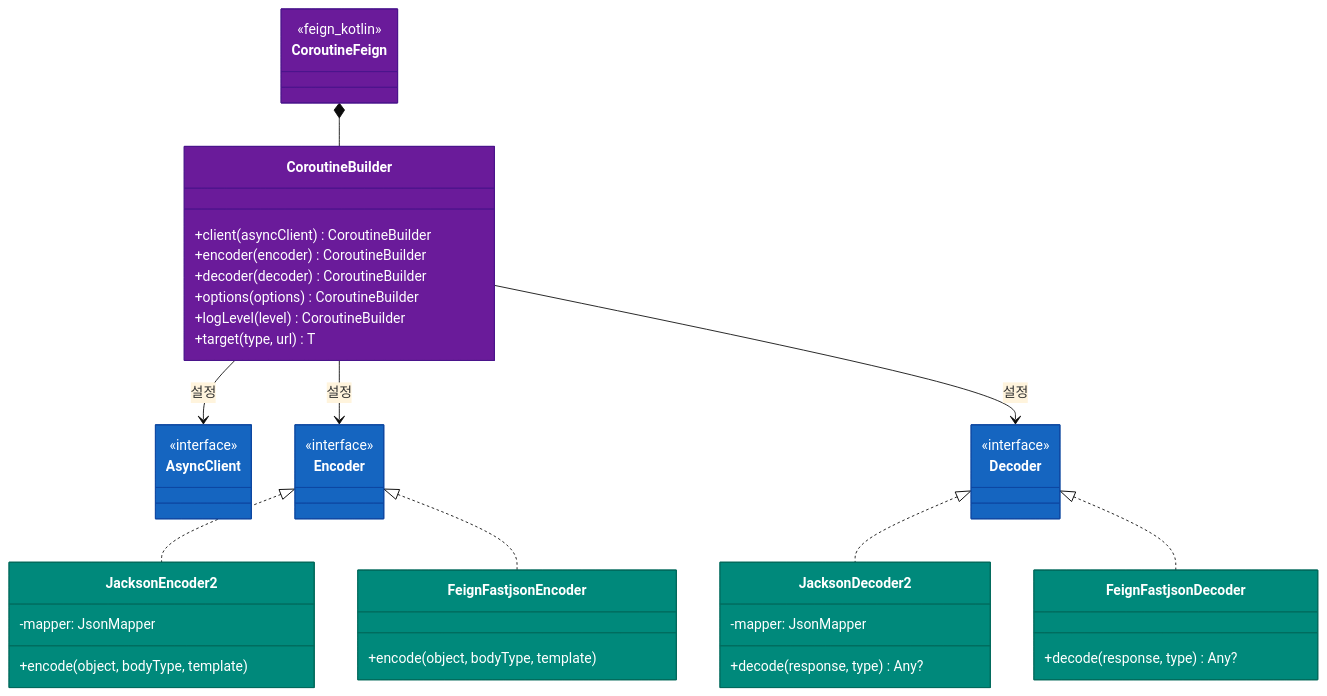
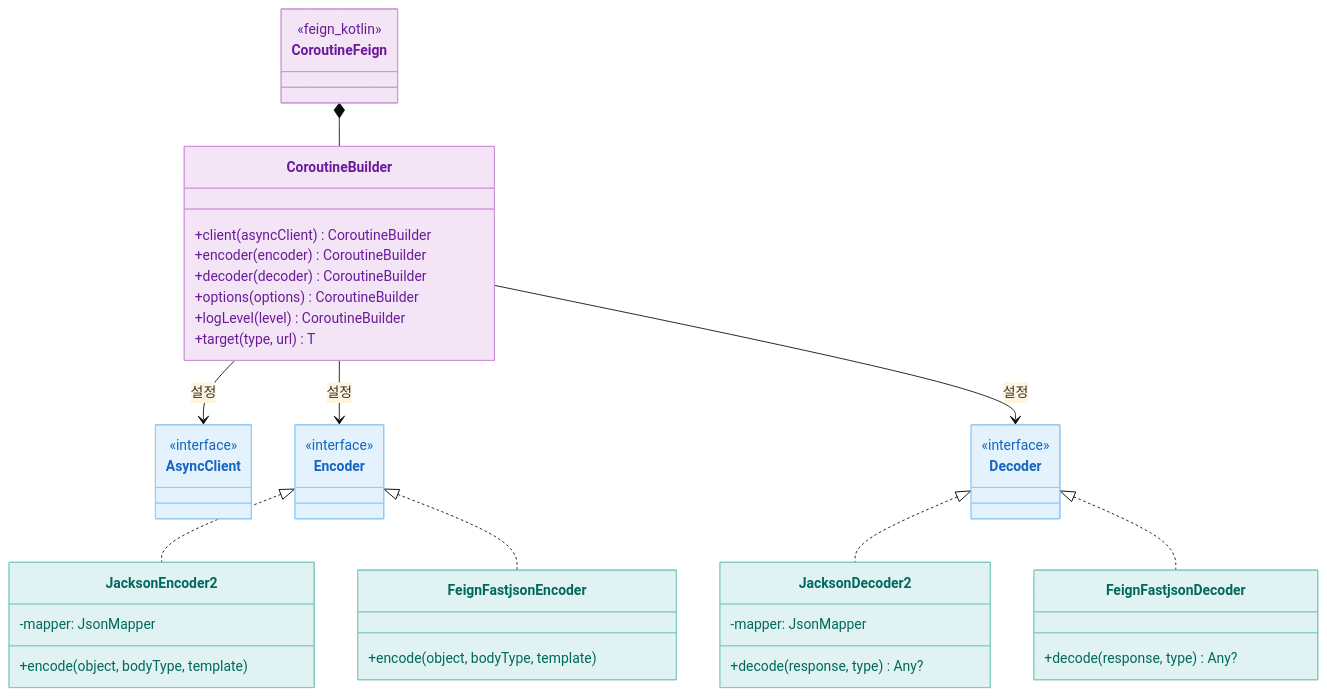
Before and after one commit to bluetape4k/bluetape4k-projects: the second of 4 diagrams in io/feign/README.ko.md, drawn with Mermaid (base theme). The commit also changed other lines of this file and 219 other files, not shown here.

First line of the commit message:
docs: 전체 README Mermaid 다이어그램 가이드 적용

````diff
--- a/io/feign/README.ko.md
+++ b/io/feign/README.ko.md
@@ -71,64 +71,64 @@
 ```mermaid
 classDiagram
     class CoroutineFeign {
         <<feign_kotlin>>
     }
 
     class CoroutineBuilder {
         +client(asyncClient) CoroutineBuilder
         +encoder(encoder) CoroutineBuilder
         +decoder(decoder) CoroutineBuilder
         +options(options) CoroutineBuilder
         +logLevel(level) CoroutineBuilder
         +target(type, url) T
     }
 
     class AsyncClient {
         <<interface>>
     }
 
     class Encoder {
         <<interface>>
     }
 
     class Decoder {
         <<interface>>
     }
 
     class JacksonEncoder2 {
         -mapper: JsonMapper
         +encode(object, bodyType, template)
     }
 
     class JacksonDecoder2 {
         -mapper: JsonMapper
         +decode(response, type) Any?
     }
 
     class FeignFastjsonEncoder {
         +encode(object, bodyType, template)
     }
 
     class FeignFastjsonDecoder {
         +decode(response, type) Any?
     }
 
     CoroutineFeign *-- CoroutineBuilder
     CoroutineBuilder --> AsyncClient : 설정
     CoroutineBuilder --> Encoder : 설정
     CoroutineBuilder --> Decoder : 설정
     Encoder <|.. JacksonEncoder2
     Decoder <|.. JacksonDecoder2
     Encoder <|.. FeignFastjsonEncoder
     Decoder <|.. FeignFastjsonDecoder
 
-    style CoroutineFeign fill:#6A1B9A,stroke:#4A148C,color:#FFFFFF
-    style CoroutineBuilder fill:#6A1B9A,stroke:#4A148C,color:#FFFFFF
-    style AsyncClient fill:#1565C0,stroke:#0D47A1,color:#FFFFFF
-    style Encoder fill:#1565C0,stroke:#0D47A1,color:#FFFFFF
-    style Decoder fill:#1565C0,stroke:#0D47A1,color:#FFFFFF
-    style JacksonEncoder2 fill:#00897B,stroke:#00695C,color:#FFFFFF
-    style JacksonDecoder2 fill:#00897B,stroke:#00695C,color:#FFFFFF
-    style FeignFastjsonEncoder fill:#00897B,stroke:#00695C,color:#FFFFFF
-    style FeignFastjsonDecoder fill:#00897B,stroke:#00695C,color:#FFFFFF
+    style CoroutineFeign fill:#F3E5F5,stroke:#CE93D8,color:#6A1B9A
+    style CoroutineBuilder fill:#F3E5F5,stroke:#CE93D8,color:#6A1B9A
+    style AsyncClient fill:#E3F2FD,stroke:#90CAF9,color:#1565C0
+    style Encoder fill:#E3F2FD,stroke:#90CAF9,color:#1565C0
+    style Decoder fill:#E3F2FD,stroke:#90CAF9,color:#1565C0
+    style JacksonEncoder2 fill:#E0F2F1,stroke:#80CBC4,color:#00695C
+    style JacksonDecoder2 fill:#E0F2F1,stroke:#80CBC4,color:#00695C
+    style FeignFastjsonEncoder fill:#E0F2F1,stroke:#80CBC4,color:#00695C
+    style FeignFastjsonDecoder fill:#E0F2F1,stroke:#80CBC4,color:#00695C
 ```
````
